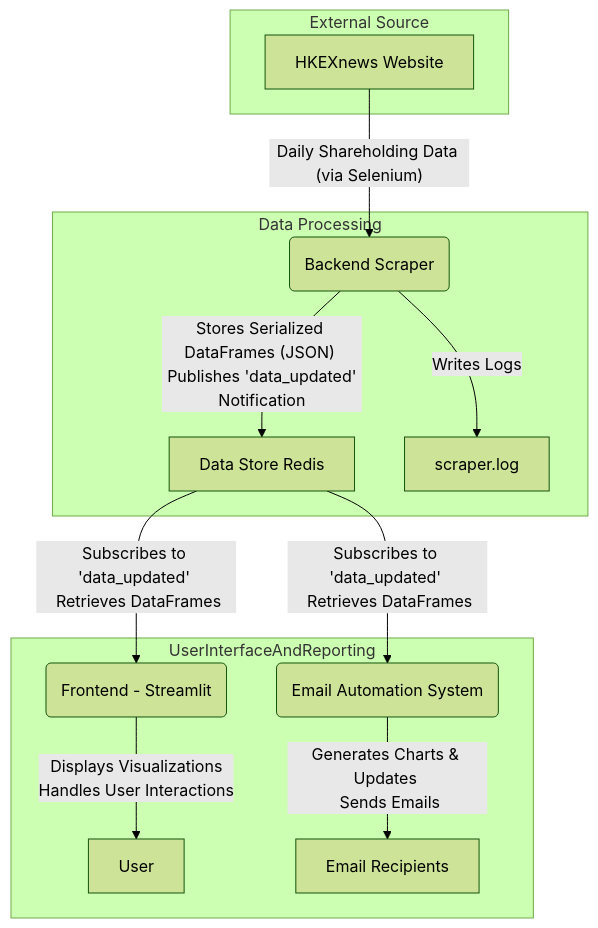
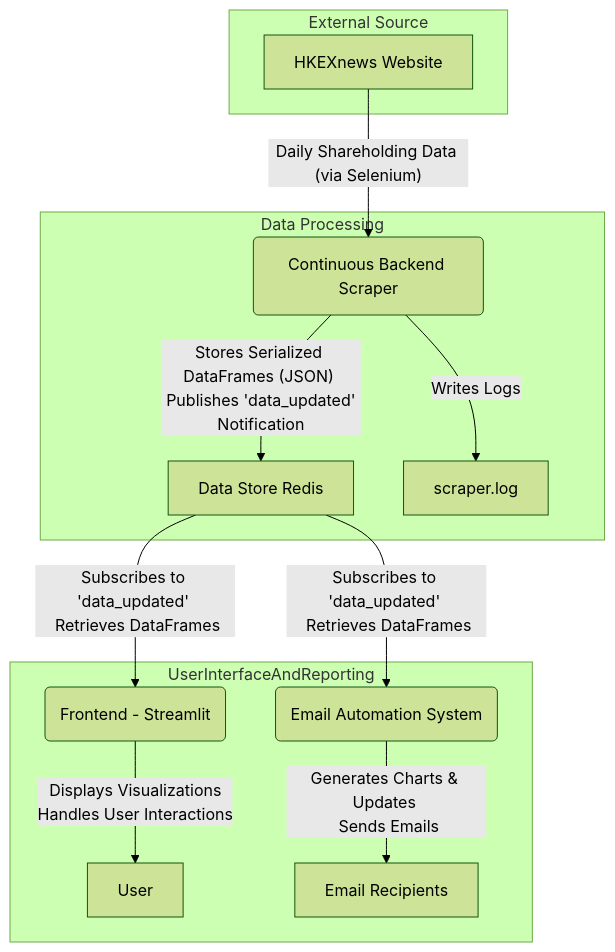
One commit to hs11346/Stock-Connect-HKEX changed the diagram in README.md. Above: the diagram before and after it, drawn with Mermaid (forest theme).

````diff
--- a/README.md
+++ b/README.md
@@ -7,29 +7,29 @@
 ```mermaid
 graph TD
     subgraph External Source
         A[HKEXnews Website]
     end
 
     subgraph Data Processing 
-        B(Backend Scraper)
+        B(Continuous Backend Scraper)
         C[Data Store Redis]
         L["scraper.log"] 
     end
 
     subgraph UserInterfaceAndReporting
         D(Frontend - Streamlit)
         E(Email Automation System)
         U[User]
         R[Email Recipients]
     end
 
     A -- "Daily Shareholding Data (via Selenium)" --> B;
     B -- "Stores Serialized DataFrames (JSON) <br/> Publishes 'data_updated' Notification" --> C;
     B -- "Writes Logs" --> L;
 
     C -- "Subscribes to 'data_updated' <br/> Retrieves DataFrames" --> D;
     D -- "Displays Visualizations <br/> Handles User Interactions" --> U;
 
     C -- "Subscribes to 'data_updated' <br/> Retrieves DataFrames" --> E;
     E -- "Generates Charts & Updates <br/> Sends Emails" --> R;
 ```
````
